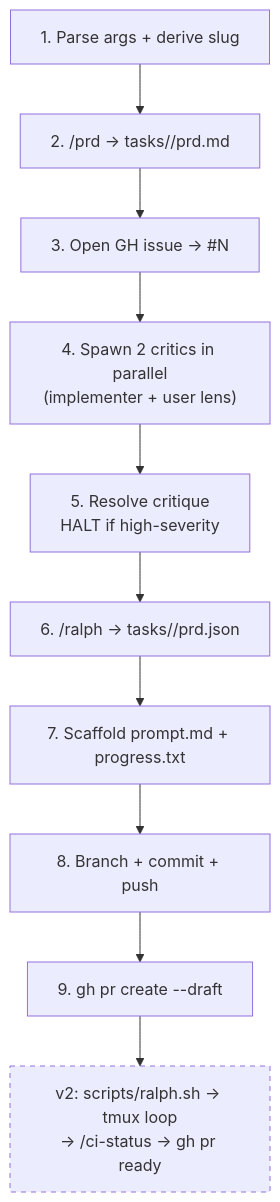
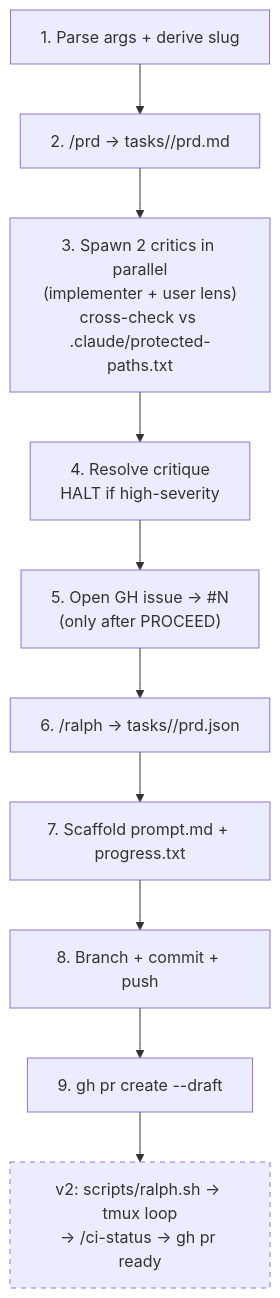
One commit to mifunedev/openharness changed the diagram in .claude/skills/ship-spec/SKILL.md. Above: the diagram before and after it, drawn with Mermaid. The commit also changed other lines of this file and 3 other files, not shown here.

First line of the commit message:
feat: protected-paths list + critic gate + /ship-spec stage reorder

````diff
--- a/.claude/skills/ship-spec/SKILL.md
+++ b/.claude/skills/ship-spec/SKILL.md
@@ -21,14 +21,14 @@
 ```mermaid
 flowchart TD
     A["1. Parse args + derive slug"] --> B["2. /prd → tasks/<slug>/prd.md"]
-    B --> C["3. Open GH issue → #N"]
-    C --> D["4. Spawn 2 critics in parallel<br/>(implementer + user lens)"]
-    D --> E["5. Resolve critique<br/>HALT if high-severity"]
-    E --> F["6. /ralph → tasks/<slug>/prd.json"]
+    B --> D["3. Spawn 2 critics in parallel<br/>(implementer + user lens)<br/>cross-check vs .claude/protected-paths.txt"]
+    D --> E["4. Resolve critique<br/>HALT if high-severity"]
+    E --> C["5. Open GH issue → #N<br/>(only after PROCEED)"]
+    C --> F["6. /ralph → tasks/<slug>/prd.json"]
     F --> G["7. Scaffold prompt.md + progress.txt"]
     G --> H["8. Branch + commit + push"]
     H --> I["9. gh pr create --draft"]
     I --> J["v2: scripts/ralph.sh → tmux loop<br/>→ /ci-status → gh pr ready"]
 
     style J stroke-dasharray: 5 5
 ```
````
